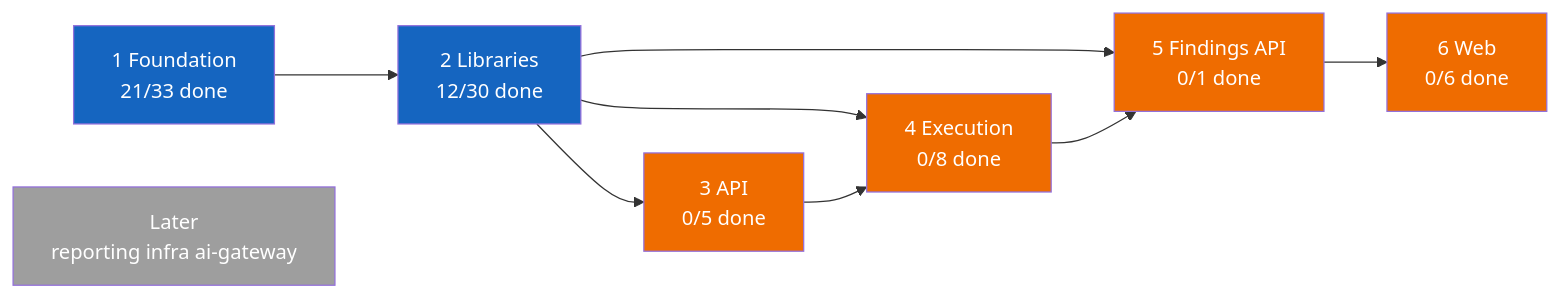
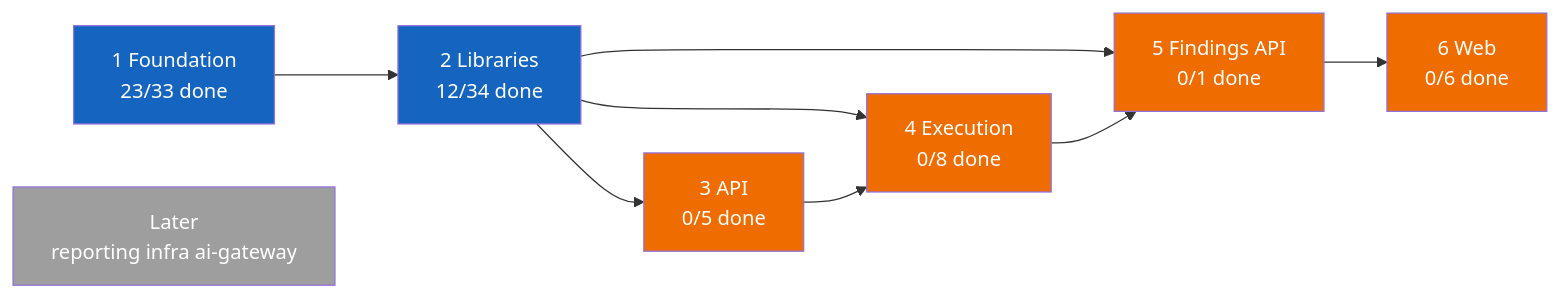
The first of 2 diagrams in PROGRESS.md (vulcanflow/docs), drawn with Mermaid before and after one commit. The commit also changed other lines of this file and 1 other file, not shown here.

````diff
--- a/PROGRESS.md
+++ b/PROGRESS.md
@@ -24,31 +24,31 @@
 ```mermaid
 flowchart LR
-  P1["1 Foundation<br/>21/33 done"]
-  P2["2 Libraries<br/>12/30 done"]
+  P1["1 Foundation<br/>23/33 done"]
+  P2["2 Libraries<br/>12/34 done"]
   P3["3 API<br/>0/5 done"]
   P4["4 Execution<br/>0/8 done"]
   P5["5 Findings API<br/>0/1 done"]
   P6["6 Web<br/>0/6 done"]
   L["Later<br/>reporting infra ai-gateway"]
 
   P1 --> P2
   P2 --> P3
   P2 --> P4
   P3 --> P4
   P2 --> P5
   P4 --> P5
   P5 --> P6
 
   classDef done fill:#2e7d32,color:#fff
   classDef active fill:#1565c0,color:#fff
   classDef held fill:#9e9e9e,color:#fff
   classDef blocked fill:#ef6c00,color:#fff
 
   class P1 active
   class P2 active
   class P3 blocked
   class P4 blocked
   class P5 blocked
   class P6 blocked
   class L held
 ```
````
